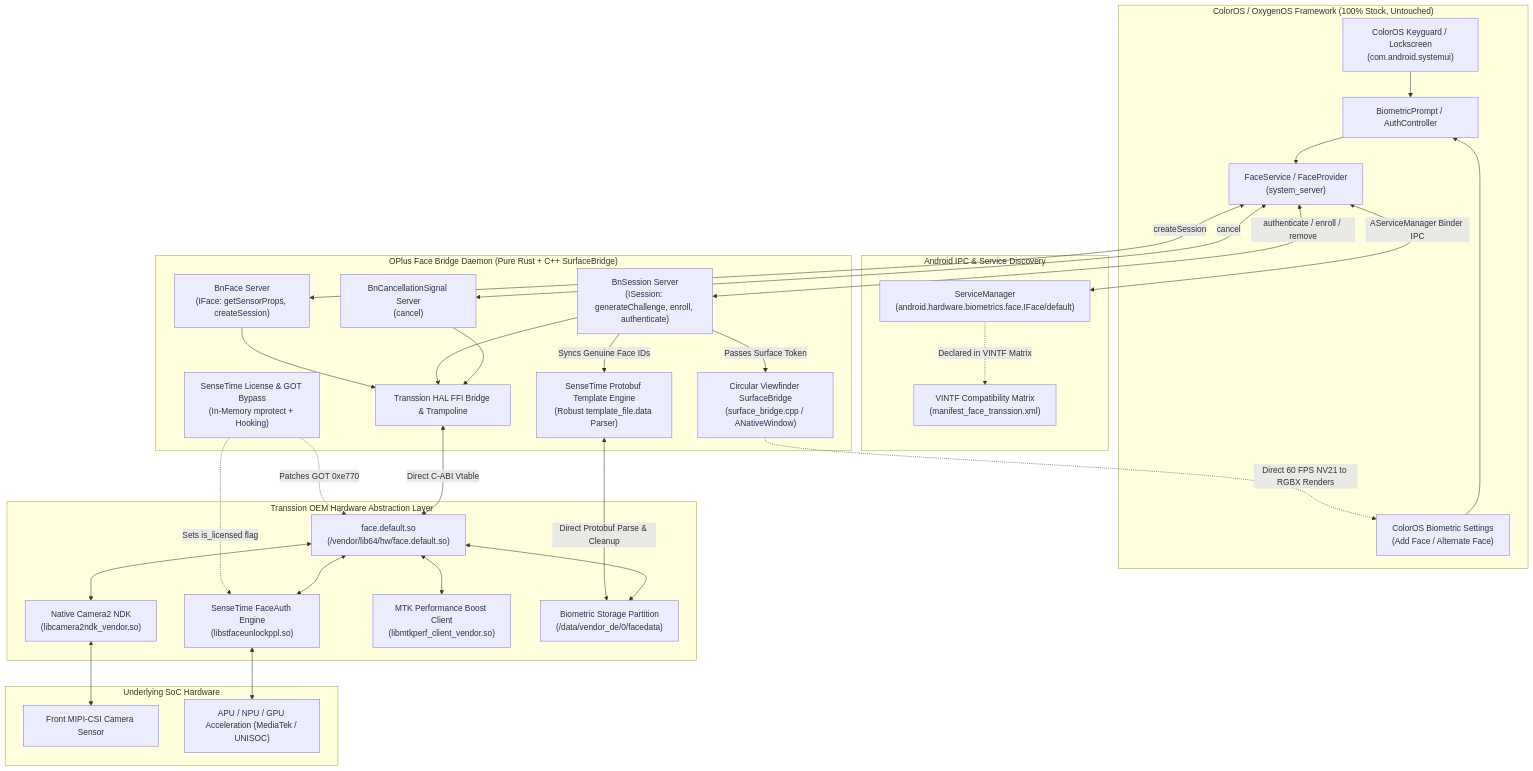
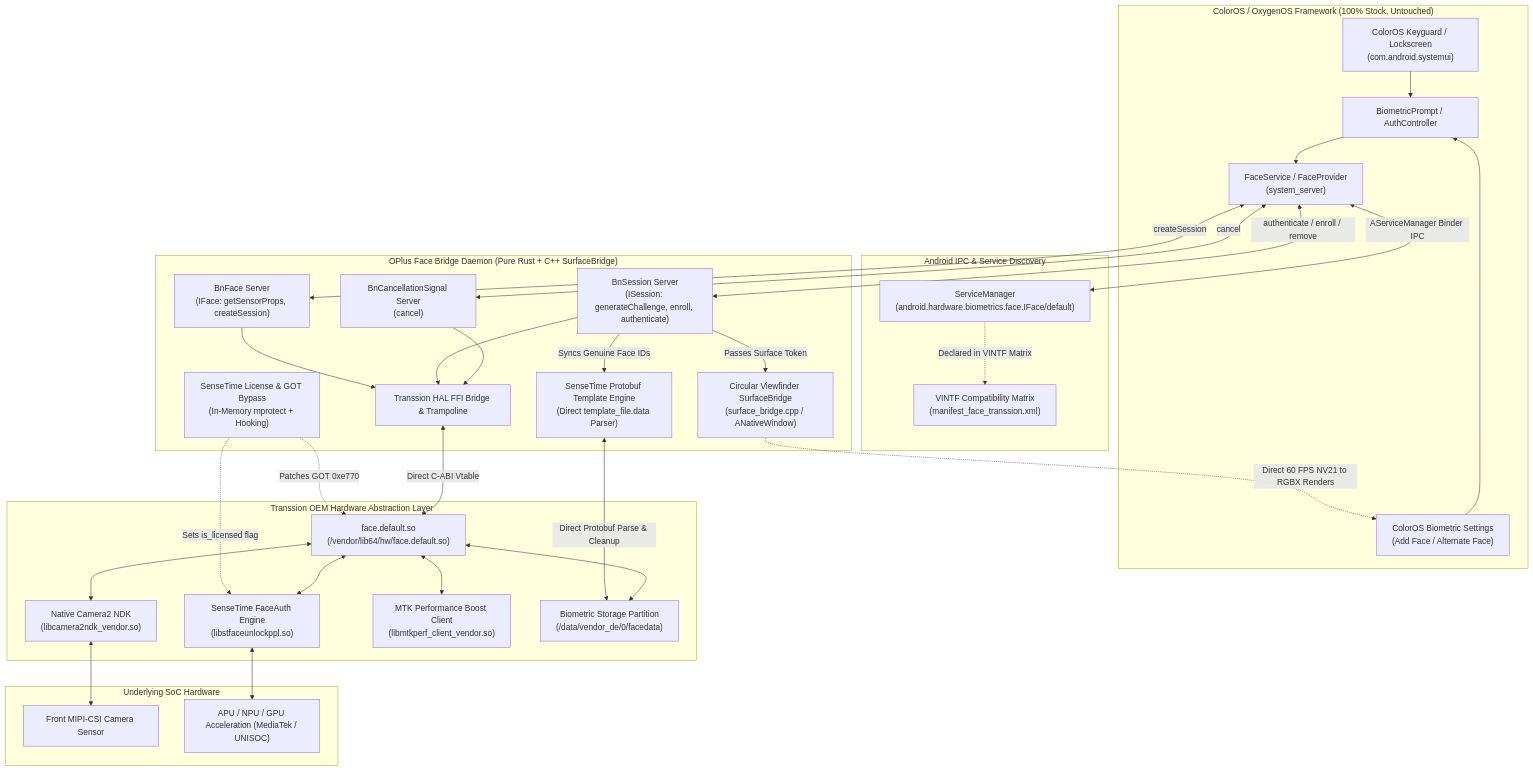
One commit to RapliVx/OPlus-Face-Bridge-Transsion changed the first of 5 diagrams in README.md. Above: the diagram before and after it, drawn with Mermaid. The commit also changed other lines of this file, not shown here.

````diff
--- a/README.md
+++ b/README.md
@@ -51,65 +51,65 @@
 ```mermaid
 flowchart TD
     subgraph ColorOS_Framework ["ColorOS / OxygenOS Framework (100% Stock, Untouched)"]
         KEYGUARD["ColorOS Keyguard / Lockscreen\n(com.android.systemui)"]
         SETTINGS["ColorOS Biometric Settings\n(Add Face / Alternate Face)"]
         BIOMETRIC_MGR["BiometricPrompt / AuthController"]
         FACESERVICE["FaceService / FaceProvider\n(system_server)"]
     end
 
     subgraph Android_IPC ["Android IPC & Service Discovery"]
         SM["ServiceManager\n(android.hardware.biometrics.face.IFace/default)"]
         VINTF["VINTF Compatibility Matrix\n(manifest_face_transsion.xml)"]
     end
 
     subgraph Native_Daemon ["OPlus Face Bridge Daemon (Pure Rust + C++ SurfaceBridge)"]
         IFACE["BnFace Server\n(IFace: getSensorProps, createSession)"]
         ISESSION["BnSession Server\n(ISession: generateChallenge, enroll, authenticate)"]
         ICANCEL["BnCancellationSignal Server\n(cancel)"]
         SURFACE_BRIDGE["Circular Viewfinder SurfaceBridge\n(surface_bridge.cpp / ANativeWindow)"]
-        PROTO_ENGINE["SenseTime Protobuf Template Engine\n(Robust template_file.data Parser)"]
+        PROTO_ENGINE["SenseTime Protobuf Template Engine\n(Direct template_file.data Parser)"]
         HAL_WRAPPERS["Transsion HAL FFI Bridge & Trampoline"]
         BYPASS_ENGINE["SenseTime License & GOT Bypass\n(In-Memory mprotect + Hooking)"]
     end
 
     subgraph Transsion_Vendor_HAL ["Transsion OEM Hardware Abstraction Layer"]
         TRAN_HAL["face.default.so\n(/vendor/lib64/hw/face.default.so)"]
         SENSETIME["SenseTime FaceAuth Engine\n(libstfaceunlockppl.so)"]
         NDK_CAM["Native Camera2 NDK\n(libcamera2ndk_vendor.so)"]
         MTK_PERF["MTK Performance Boost Client\n(libmtkperf_client_vendor.so)"]
         DATA_STORE["Biometric Storage Partition\n(/data/vendor_de/0/facedata)"]
     end
 
     subgraph Hardware_Layer ["Underlying SoC Hardware"]
         CAM_HARDWARE["Front MIPI-CSI Camera Sensor"]
         SOC_ACCEL["APU / NPU / GPU Acceleration (MediaTek / UNISOC)"]
     end
 
     KEYGUARD --> BIOMETRIC_MGR
     SETTINGS --> BIOMETRIC_MGR
     BIOMETRIC_MGR --> FACESERVICE
     FACESERVICE <-->|AServiceManager Binder IPC| SM
     SM -.->|Declared in VINTF Matrix| VINTF
 
     FACESERVICE <-->|createSession| IFACE
     FACESERVICE <-->|authenticate / enroll / remove| ISESSION
     FACESERVICE <-->|cancel| ICANCEL
 
     IFACE --> HAL_WRAPPERS
     ISESSION --> HAL_WRAPPERS
     ISESSION -->|Passes Surface Token| SURFACE_BRIDGE
     ISESSION -->|Syncs Genuine Face IDs| PROTO_ENGINE
     ICANCEL --> HAL_WRAPPERS
     BYPASS_ENGINE -.->|Patches GOT 0xe770| TRAN_HAL
     BYPASS_ENGINE -.->|Sets is_licensed flag| SENSETIME
 
     SURFACE_BRIDGE -.->|Direct 60 FPS NV21 to RGBX Renders| SETTINGS
     PROTO_ENGINE <-->|Direct Protobuf Parse & Cleanup| DATA_STORE
     HAL_WRAPPERS <-->|Direct C-ABI Vtable| TRAN_HAL
     TRAN_HAL <--> SENSETIME
     TRAN_HAL <--> NDK_CAM
     TRAN_HAL <--> MTK_PERF
     TRAN_HAL <--> DATA_STORE
     NDK_CAM <--> CAM_HARDWARE
     SENSETIME <--> SOC_ACCEL
 ```
````
